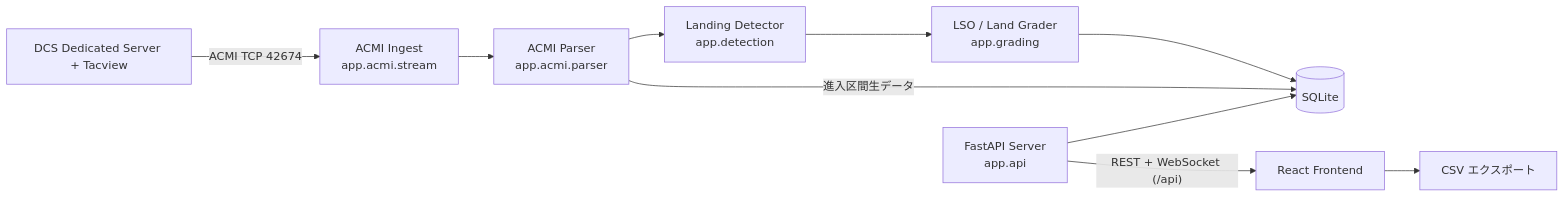
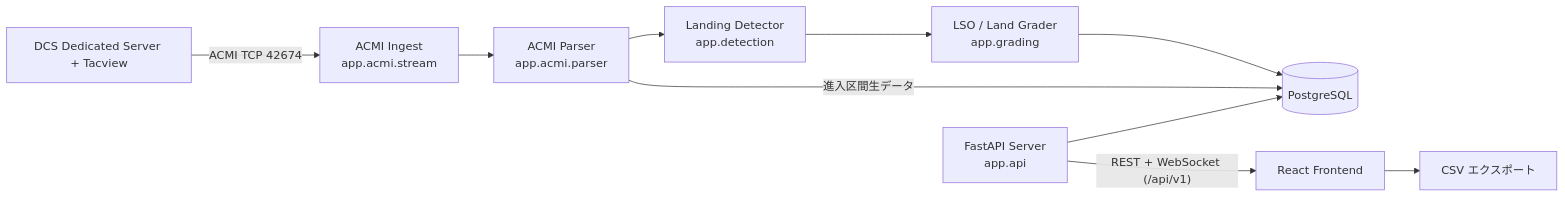
Before and after one commit to MasterMk2/DCSLandingTeacher: the diagram in docs/architecture.md, drawn with Mermaid. The commit also changed other lines of this file and 7 other files, not shown here.

````diff
--- a/docs/architecture.md
+++ b/docs/architecture.md
@@ -8,12 +8,12 @@
 ```mermaid
 flowchart LR
     DCS[DCS Dedicated Server + Tacview] -- "ACMI TCP 42674" --> ING[ACMI Ingest<br/>app.acmi.stream]
     ING --> PARSER[ACMI Parser<br/>app.acmi.parser]
     PARSER --> DETECTOR[Landing Detector<br/>app.detection]
     DETECTOR --> GRADER[LSO / Land Grader<br/>app.grading]
-    GRADER --> DB[(SQLite)]
+    GRADER --> DB[(PostgreSQL)]
     PARSER -- 進入区間生データ --> DB
     API[FastAPI Server<br/>app.api] --> DB
-    API -- "REST + WebSocket (/api)" --> UI[React Frontend]
+    API -- "REST + WebSocket (/api/v1)" --> UI[React Frontend]
     UI --> SHEET[CSV エクスポート]
 ```
````
